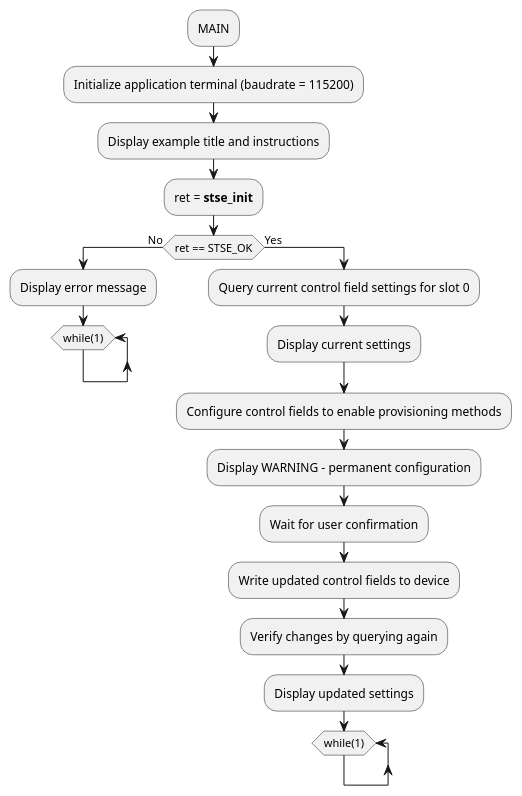
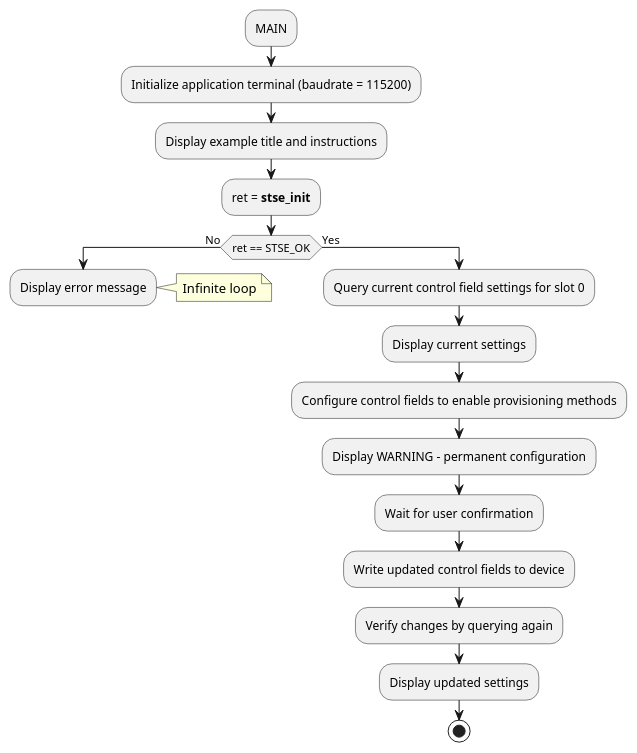
Before and after one commit to Grom-perso/STSAFE-A120_examples_dev: the diagram in Documentation/resources/Markdown/03_Project_examples_description/Symmetric_key_provisioning_control_fields/STSAFE-A120_Symmetric_key_provisioning_control_fields.md, drawn with PlantUML. The commit also changed 23 other files, not shown here.

```diff
--- a/Documentation/resources/Markdown/03_Project_examples_description/Symmetric_key_provisioning_control_fields/STSAFE-A120_Symmetric_key_provisioning_control_fields.md
+++ b/Documentation/resources/Markdown/03_Project_examples_description/Symmetric_key_provisioning_control_fields/STSAFE-A120_Symmetric_key_provisioning_control_fields.md
@@ -11,26 +11,22 @@
 @startuml "Symmetric Key Provisioning Control Fields flowchart" width=5cm
 	:MAIN;
 	:Initialize application terminal (baudrate = 115200);
 	:Display example title and instructions;
 	:ret = <b>stse_init</b>;
 	if(ret == STSE_OK) then (No)
-	:Display error message;
-	while (while(1))
-	end while
-	-[hidden]->
-	detach
+		:Display error message;
+		note right: Infinite loop
+		-[hidden]->
+		detach
 	else (Yes)
-	:Query current control field settings for slot 0;
-	:Display current settings;
-	:Configure control fields to enable provisioning methods;
-	:Display WARNING - permanent configuration;
-	:Wait for user confirmation;
-	:Write updated control fields to device;
-	:Verify changes by querying again;
-	:Display updated settings;
-	while (while(1))
-	end while
-	-[hidden]->
-	detach
+		:Query current control field settings for slot 0;
+		:Display current settings;
+		:Configure control fields to enable provisioning methods;
+		:Display WARNING - permanent configuration;
+		:Wait for user confirmation;
+		:Write updated control fields to device;
+		:Verify changes by querying again;
+		:Display updated settings;
+		stop
 	endif
 @enduml
```
